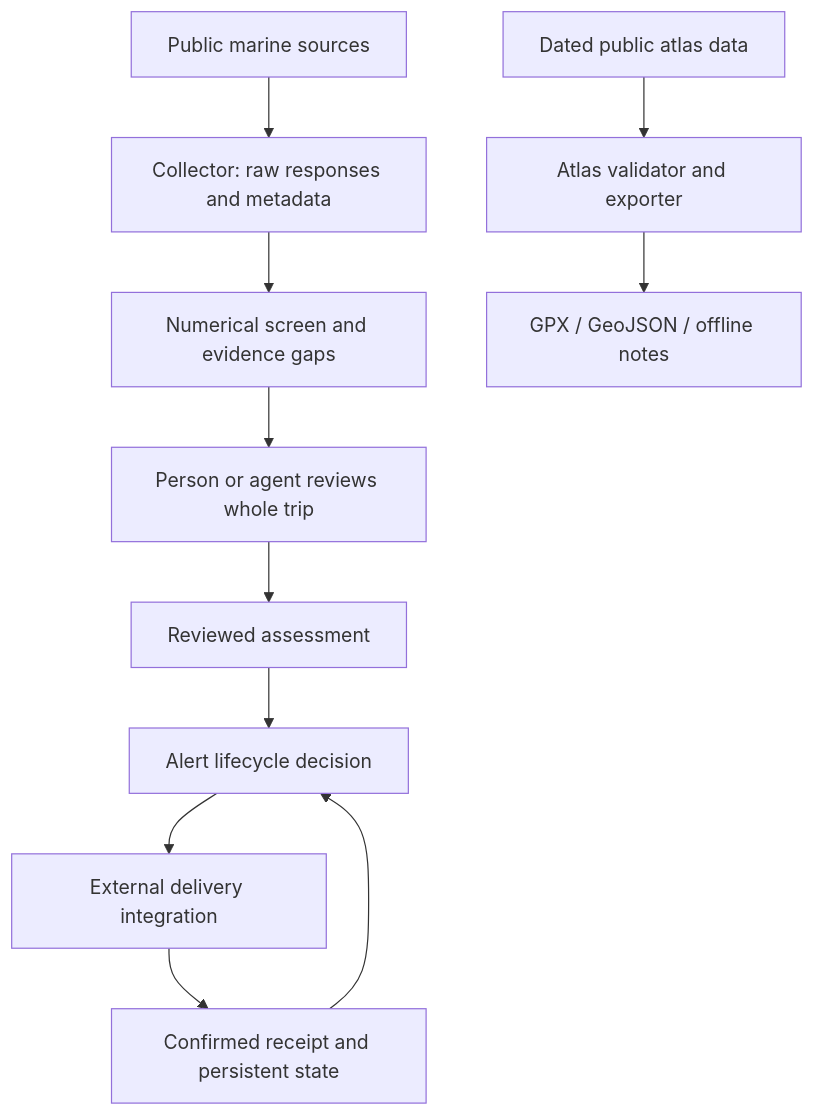
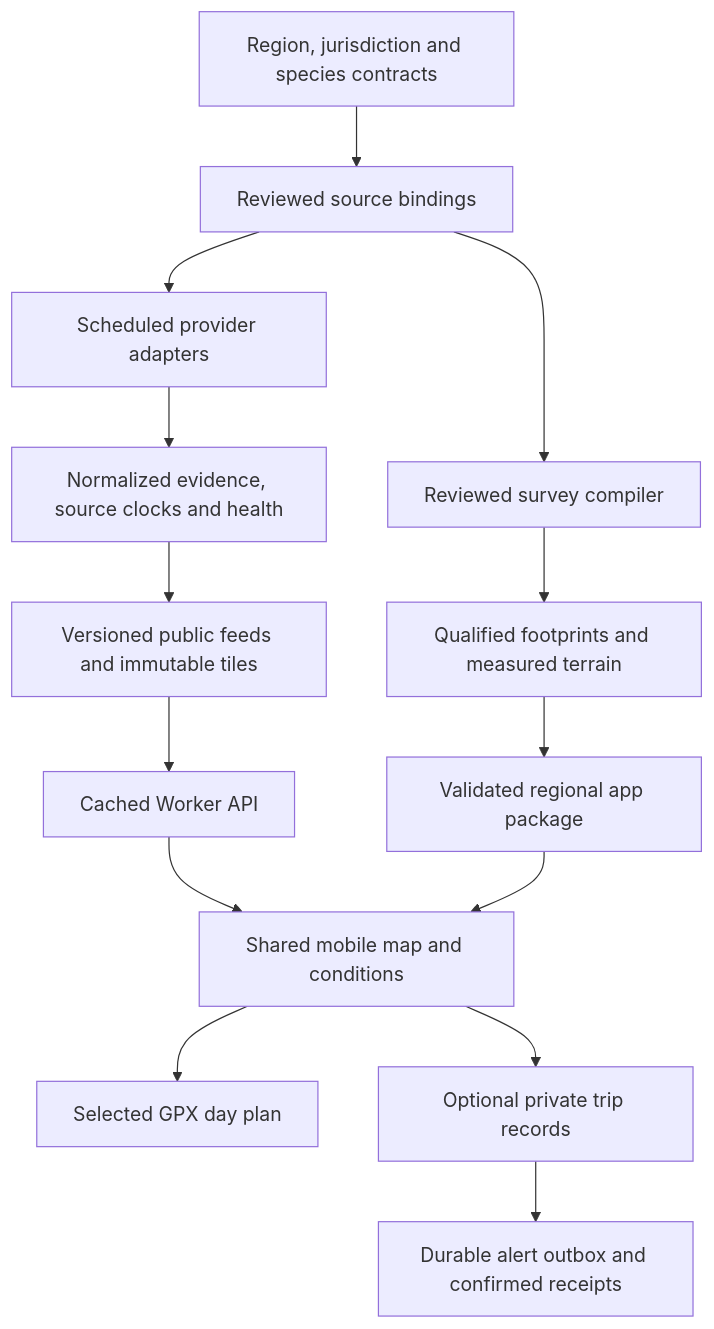
One commit to Grahammmm/skippercast changed the diagram in docs/architecture.md. Above: the diagram before and after it, drawn with Mermaid. The commit also changed other lines of this file and 200 other files, not shown here.

````diff
--- a/docs/architecture.md
+++ b/docs/architecture.md
@@ -9,13 +5,16 @@
 ```mermaid
 flowchart TD
-    A[Public marine sources] --> B[Collector: raw responses and metadata]
-    B --> C[Numerical screen and evidence gaps]
-    C --> D[Person or agent reviews whole trip]
-    D --> E[Reviewed assessment]
-    E --> F[Alert lifecycle decision]
-    F --> G[External delivery integration]
-    G --> H[Confirmed receipt and persistent state]
-    H --> F
-    I[Dated public atlas data] --> J[Atlas validator and exporter]
-    J --> K[GPX / GeoJSON / offline notes]
+    A[Region, jurisdiction and species contracts] --> B[Reviewed source bindings]
+    B --> C[Scheduled provider adapters]
+    B --> D[Reviewed survey compiler]
+    C --> E[Normalized evidence, source clocks and health]
+    D --> F[Qualified footprints and measured terrain]
+    E --> G[Versioned public feeds and immutable tiles]
+    F --> H[Validated regional app package]
+    G --> I[Cached Worker API]
+    I --> J[Shared mobile map and conditions]
+    H --> J
+    J --> K[Selected GPX day plan]
+    J --> L[Optional private trip records]
+    L --> M[Durable alert outbox and confirmed receipts]
 ```
````
